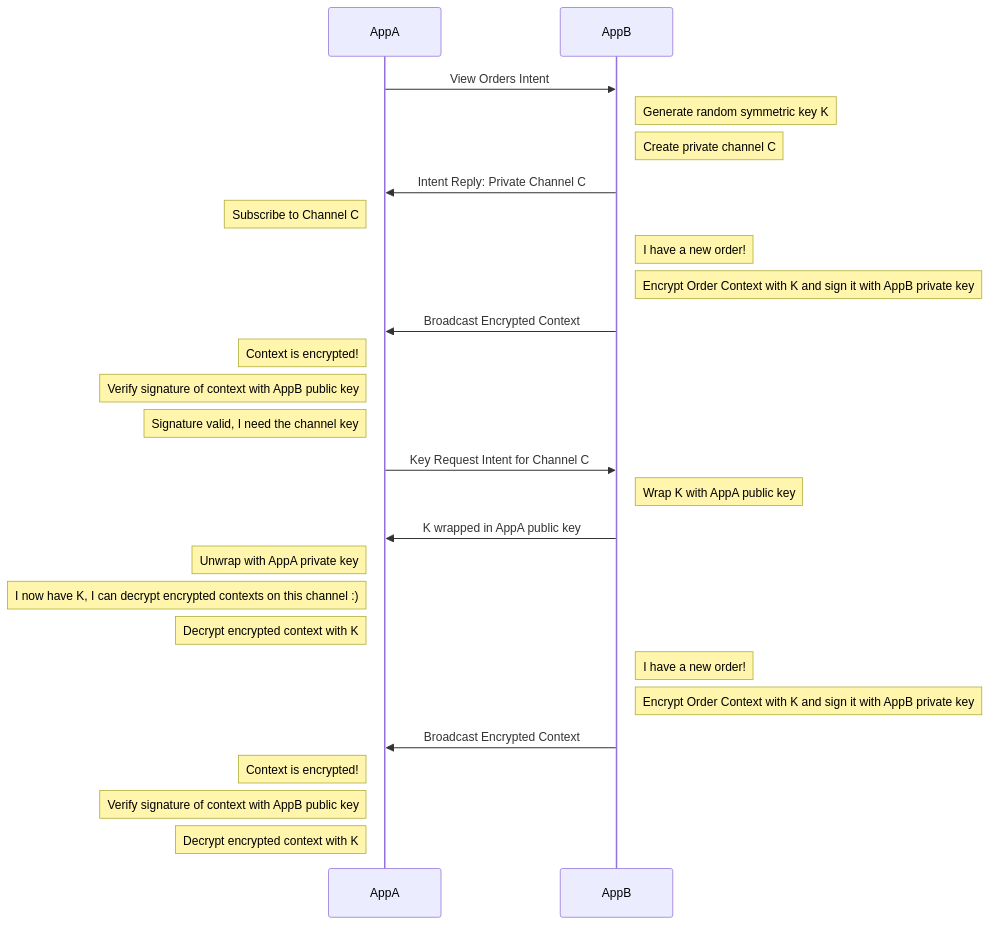
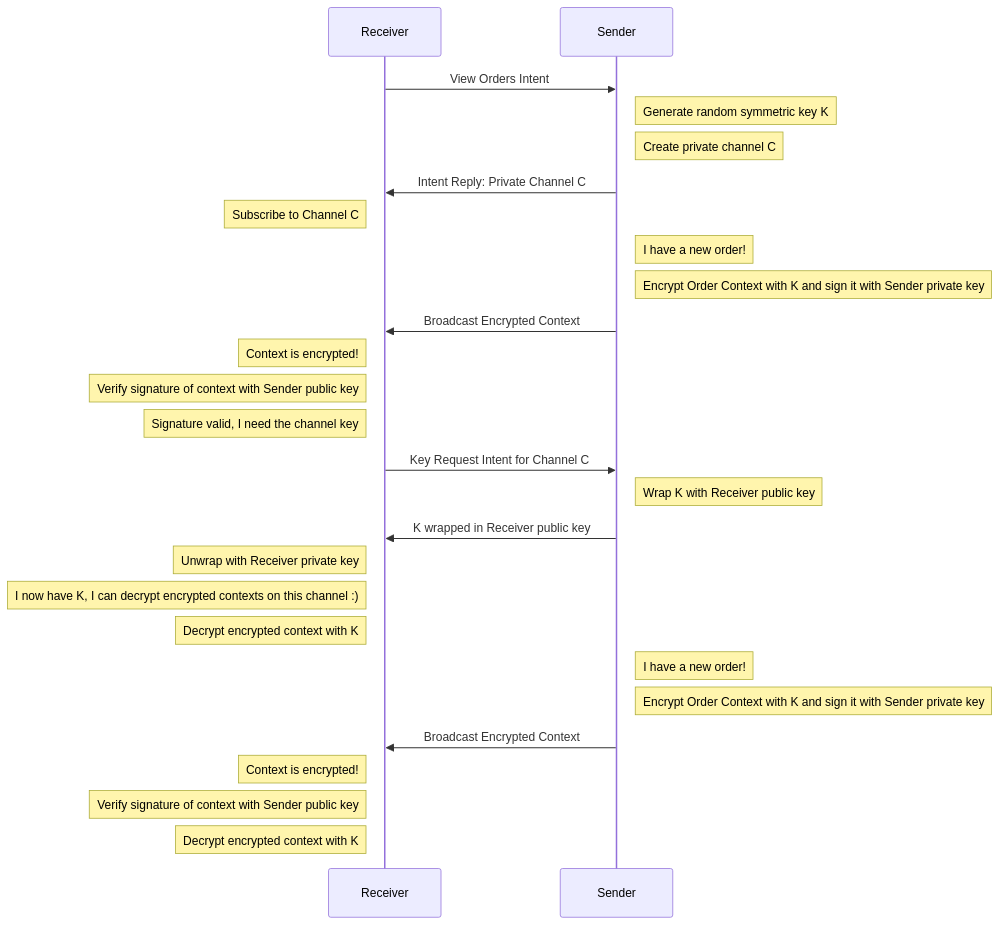
The third of 4 diagrams in website/docs/api/security.md (finos/FDC3), drawn with Mermaid before and after one commit. The commit also changed other lines of this file, not shown here.

Commit message:
Changed labels on diagram

````diff
--- a/website/docs/api/security.md
+++ b/website/docs/api/security.md
@@ -299,28 +299,28 @@
 ```mermaid
 sequenceDiagram
-    participant AppA
-    participant AppB
-    AppA->>AppB: View Orders Intent
-    note right of AppB: Generate random symmetric key K
-    note right of AppB: Create private channel C
-    AppB->>AppA: Intent Reply: Private Channel C
-    note left of AppA: Subscribe to Channel C
-    note right of AppB: I have a new order!
-    note right of AppB: Encrypt Order Context with K and sign it with AppB private key
-    AppB->>AppA: Broadcast Encrypted Context
-    note left of AppA: Context is encrypted!
-    note left of AppA: Verify signature of context with AppB public key
-    note left of AppA: Signature valid, I need the channel key
-    AppA->>AppB: Key Request Intent for Channel C
-    note right of AppB: Wrap K with AppA public key
-    AppB->>AppA: K wrapped in AppA public key
-    note left of AppA: Unwrap with AppA private key
-    note left of AppA: I now have K, I can decrypt encrypted contexts on this channel :)
-    note left of AppA: Decrypt encrypted context with K
-    note right of AppB: I have a new order!
-    note right of AppB: Encrypt Order Context with K and sign it with AppB private key
-    AppB->>AppA: Broadcast Encrypted Context
-    note left of AppA: Context is encrypted!
-    note left of AppA: Verify signature of context with AppB public key
-    note left of AppA: Decrypt encrypted context with K
+    participant Receiver
+    participant Sender
+    Receiver->>Sender: View Orders Intent
+    note right of Sender: Generate random symmetric key K
+    note right of Sender: Create private channel C
+    Sender->>Receiver: Intent Reply: Private Channel C
+    note left of Receiver: Subscribe to Channel C
+    note right of Sender: I have a new order!
+    note right of Sender: Encrypt Order Context with K and sign it with Sender private key
+    Sender->>Receiver: Broadcast Encrypted Context
+    note left of Receiver: Context is encrypted!
+    note left of Receiver: Verify signature of context with Sender public key
+    note left of Receiver: Signature valid, I need the channel key
+    Receiver->>Sender: Key Request Intent for Channel C
+    note right of Sender: Wrap K with Receiver public key
+    Sender->>Receiver: K wrapped in Receiver public key
+    note left of Receiver: Unwrap with Receiver private key
+    note left of Receiver: I now have K, I can decrypt encrypted contexts on this channel :)
+    note left of Receiver: Decrypt encrypted context with K
+    note right of Sender: I have a new order!
+    note right of Sender: Encrypt Order Context with K and sign it with Sender private key
+    Sender->>Receiver: Broadcast Encrypted Context
+    note left of Receiver: Context is encrypted!
+    note left of Receiver: Verify signature of context with Sender public key
+    note left of Receiver: Decrypt encrypted context with K
 ```
````
